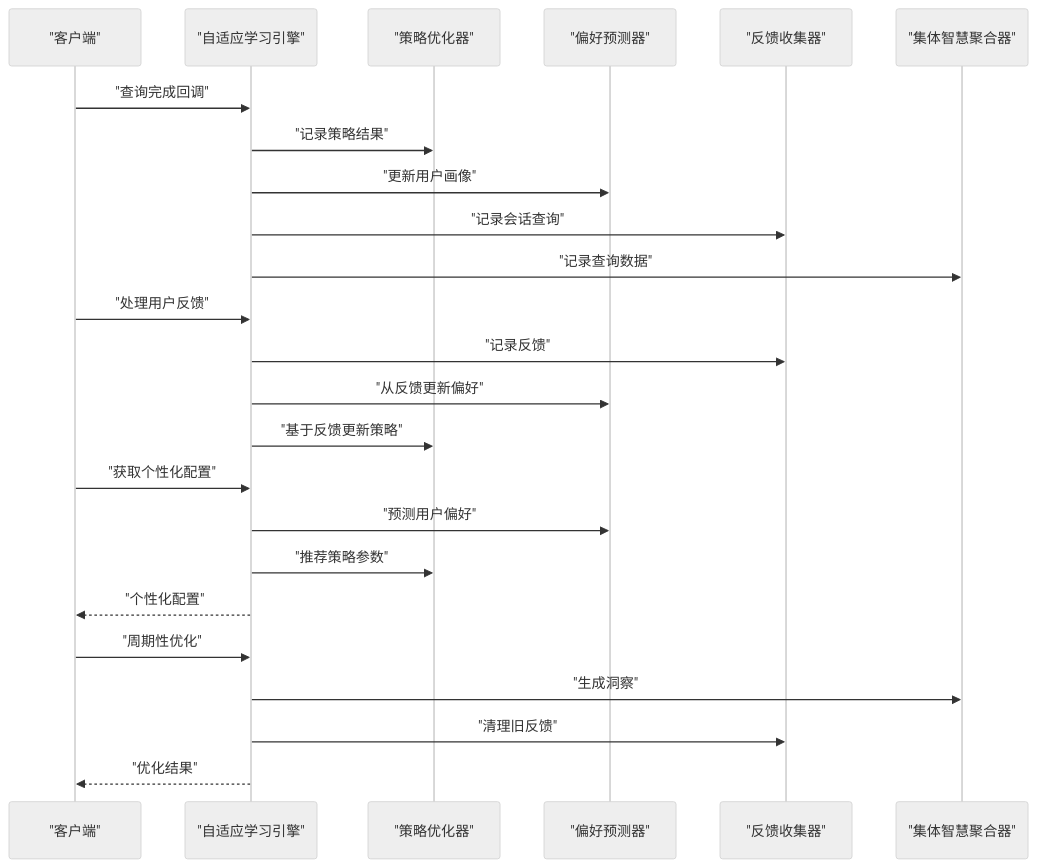
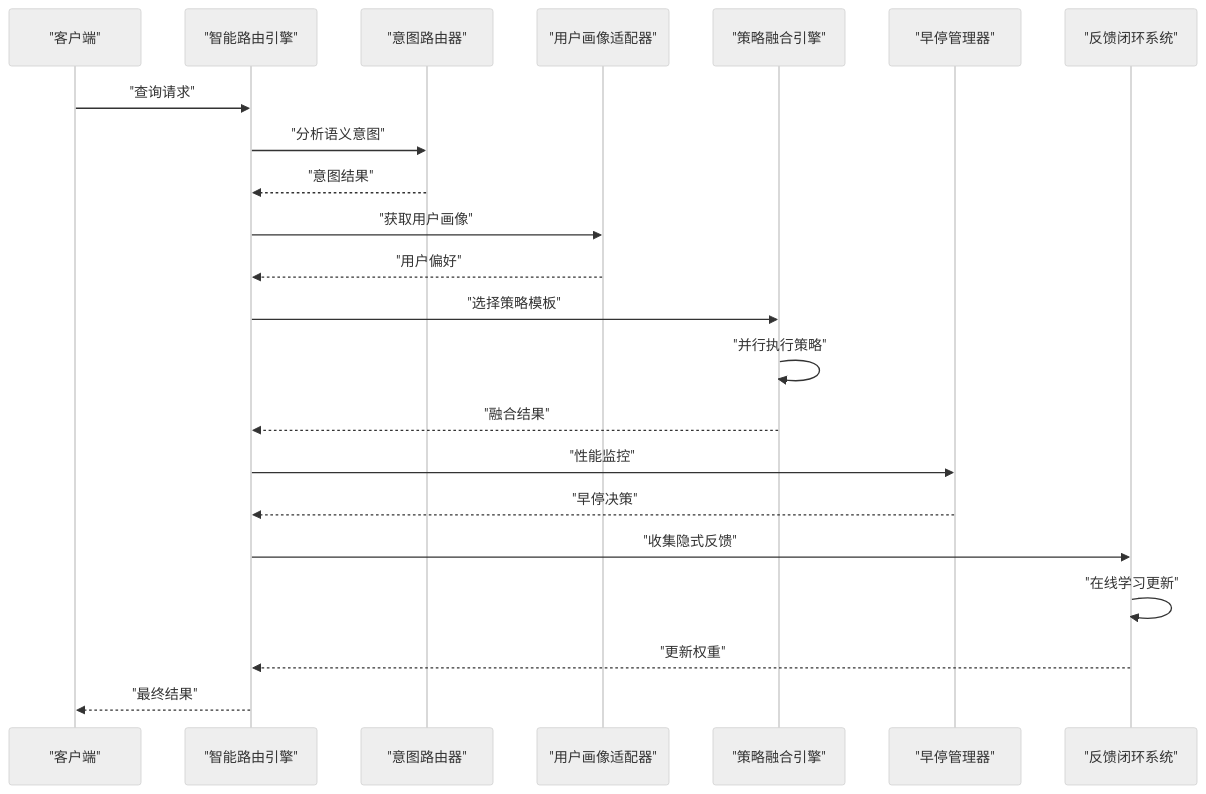
One commit to JieGaoPrinceton/NecoRAG changed the second of 11 diagrams in .qoder/repowiki/zh/content/自适应学习系统/自适应学习系统.md. Above: the diagram before and after it, drawn with Mermaid (neutral theme). The commit also changed other lines of this file and 82 other files, not shown here.

````diff
--- a/.qoder/repowiki/zh/content/自适应学习系统/自适应学习系统.md
+++ b/.qoder/repowiki/zh/content/自适应学习系统/自适应学习系统.md
@@ -97,26 +105,24 @@
 ```mermaid
 sequenceDiagram
 participant Client as "客户端"
-participant Engine as "自适应学习引擎"
-participant SO as "策略优化器"
-participant PP as "偏好预测器"
-participant FC as "反馈收集器"
-participant CI as "集体智慧聚合器"
-Client->>Engine : "查询完成回调"
-Engine->>SO : "记录策略结果"
-Engine->>PP : "更新用户画像"
-Engine->>FC : "记录会话查询"
-Engine->>CI : "记录查询数据"
-Client->>Engine : "处理用户反馈"
-Engine->>FC : "记录反馈"
-Engine->>PP : "从反馈更新偏好"
-Engine->>SO : "基于反馈更新策略"
-Client->>Engine : "获取个性化配置"
-Engine->>PP : "预测用户偏好"
-Engine->>SO : "推荐策略参数"
-Engine-->>Client : "个性化配置"
-Client->>Engine : "周期性优化"
-Engine->>CI : "生成洞察"
-Engine->>FC : "清理旧反馈"
-Engine-->>Client : "优化结果"
+participant Engine as "智能路由引擎"
+participant IR as "意图路由器"
+participant UPA as "用户画像适配器"
+participant SF as "策略融合引擎"
+participant ES as "早停管理器"
+participant FL as "反馈闭环系统"
+Client->>Engine : "查询请求"
+Engine->>IR : "分析语义意图"
+IR-->>Engine : "意图结果"
+Engine->>UPA : "获取用户画像"
+UPA-->>Engine : "用户偏好"
+Engine->>SF : "选择策略模板"
+SF->>SF : "并行执行策略"
+SF-->>Engine : "融合结果"
+Engine->>ES : "性能监控"
+ES-->>Engine : "早停决策"
+Engine->>FL : "收集隐式反馈"
+FL->>FL : "在线学习更新"
+FL-->>Engine : "更新权重"
+Engine-->>Client : "最终结果"
 ```
````
